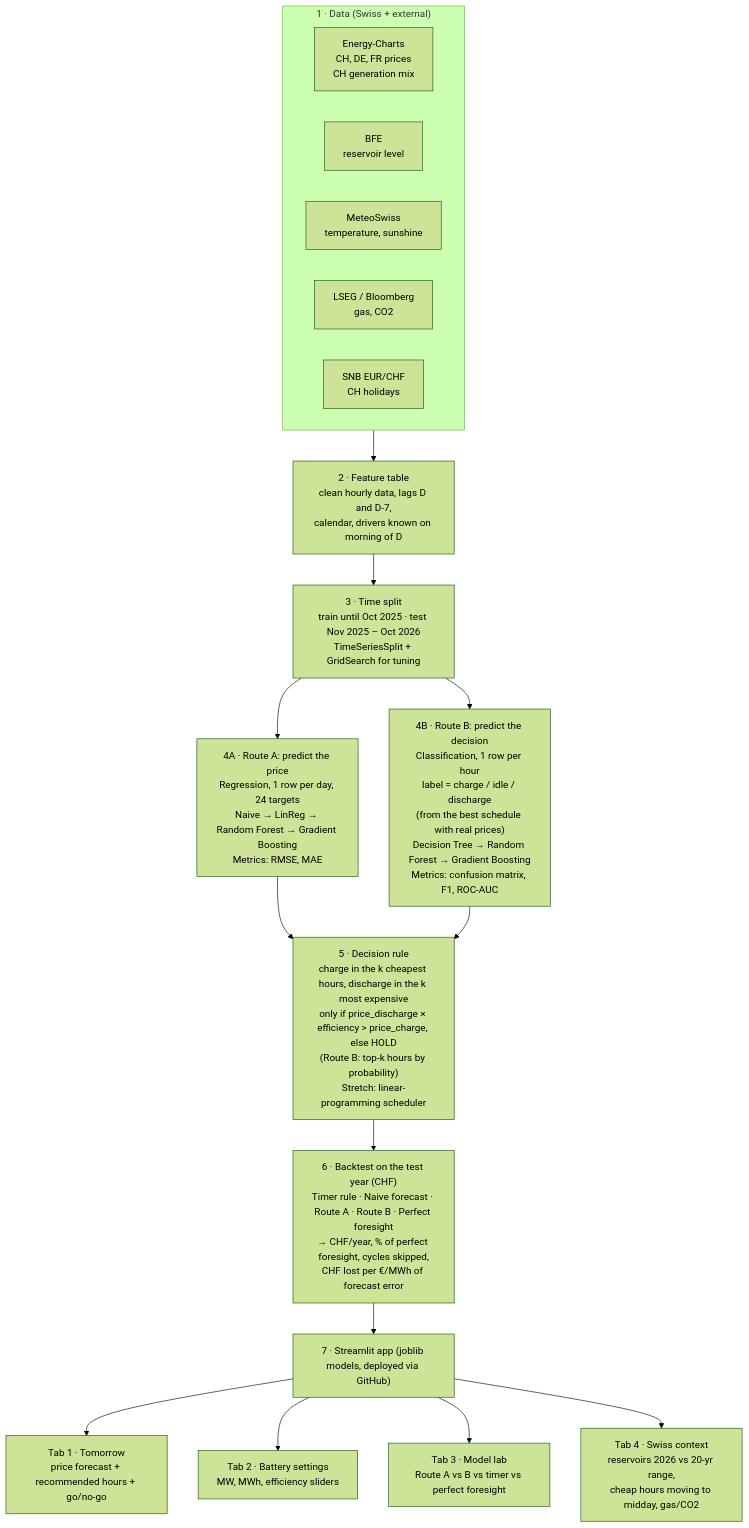
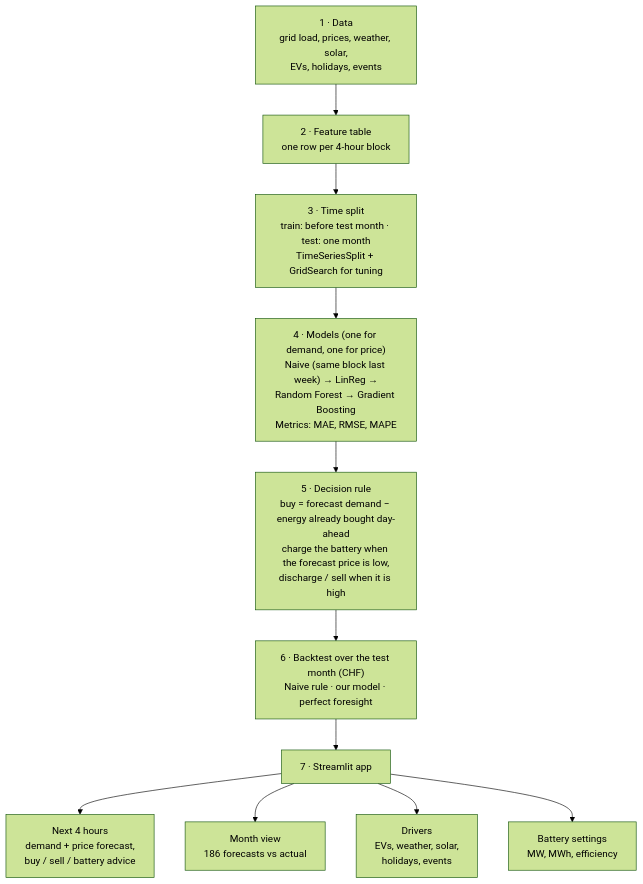
Before and after one commit to nicolasgarbea-lang/Data-analysis-and-processes: the second of 2 diagrams in day_ahead_planning.md, drawn with Mermaid (forest theme). The commit also changed other lines of this file and 1 other file, not shown here.

First line of the commit message:
Switch to rolling 4-hour demand and price forecasts for a DSO (one-pager v4)

````diff
--- a/day_ahead_planning.md
+++ b/day_ahead_planning.md
@@ -46,27 +69,13 @@
 ```mermaid
 flowchart TD
-    subgraph DATA["1 · Data (Swiss + external)"]
-        D1["Energy-Charts<br/>CH, DE, FR prices<br/>CH generation mix"]
-        D2["BFE<br/>reservoir level"]
-        D3["MeteoSwiss<br/>temperature, sunshine"]
-        D4["LSEG / Bloomberg<br/>gas, CO2"]
-        D5["SNB EUR/CHF<br/>CH holidays"]
-    end
-
-    DATA --> F["2 · Feature table<br/>clean hourly data, lags D and D-7,<br/>calendar, drivers known on morning of D"]
-    F --> S["3 · Time split<br/>train until Oct 2025 · test Nov 2025 – Oct 2026<br/>TimeSeriesSplit + GridSearch for tuning"]
-
-    S --> A["4A · Route A: predict the price<br/>Regression, 1 row per day, 24 targets<br/>Naive → LinReg → Random Forest → Gradient Boosting<br/>Metrics: RMSE, MAE"]
-    S --> B["4B · Route B: predict the decision<br/>Classification, 1 row per hour<br/>label = charge / idle / discharge<br/>(from the best schedule with real prices)<br/>Decision Tree → Random Forest → Gradient Boosting<br/>Metrics: confusion matrix, F1, ROC-AUC"]
-
-    A --> R["5 · Decision rule<br/>charge in the k cheapest hours, discharge in the k most expensive<br/>only if price_discharge × efficiency > price_charge, else HOLD<br/>(Route B: top-k hours by probability)<br/>Stretch: linear-programming scheduler"]
-    B --> R
-
-    R --> E["6 · Backtest on the test year (CHF)<br/>Timer rule · Naive forecast · Route A · Route B · Perfect foresight<br/>→ CHF/year, % of perfect foresight, cycles skipped,<br/>CHF lost per €/MWh of forecast error"]
-
-    E --> APP["7 · Streamlit app (joblib models, deployed via GitHub)"]
-    APP --> T1["Tab 1 · Tomorrow<br/>price forecast + recommended hours + go/no-go"]
-    APP --> T2["Tab 2 · Battery settings<br/>MW, MWh, efficiency sliders"]
-    APP --> T3["Tab 3 · Model lab<br/>Route A vs B vs timer vs perfect foresight"]
-    APP --> T4["Tab 4 · Swiss context<br/>reservoirs 2026 vs 20-yr range,<br/>cheap hours moving to midday, gas/CO2"]
+    D["1 · Data<br/>grid load, prices, weather, solar,<br/>EVs, holidays, events"] --> F["2 · Feature table<br/>one row per 4-hour block"]
+    F --> S["3 · Time split<br/>train: before test month · test: one month<br/>TimeSeriesSplit + GridSearch for tuning"]
+    S --> M["4 · Models (one for demand, one for price)<br/>Naive (same block last week) → LinReg →<br/>Random Forest → Gradient Boosting<br/>Metrics: MAE, RMSE, MAPE"]
+    M --> R["5 · Decision rule<br/>buy = forecast demand − energy already bought day-ahead<br/>charge the battery when the forecast price is low,<br/>discharge / sell when it is high"]
+    R --> E["6 · Backtest over the test month (CHF)<br/>Naive rule · our model · perfect foresight"]
+    E --> APP["7 · Streamlit app"]
+    APP --> T1["Next 4 hours<br/>demand + price forecast,<br/>buy / sell / battery advice"]
+    APP --> T2["Month view<br/>186 forecasts vs actual"]
+    APP --> T3["Drivers<br/>EVs, weather, solar,<br/>holidays, events"]
+    APP --> T4["Battery settings<br/>MW, MWh, efficiency"]
 ```
````
